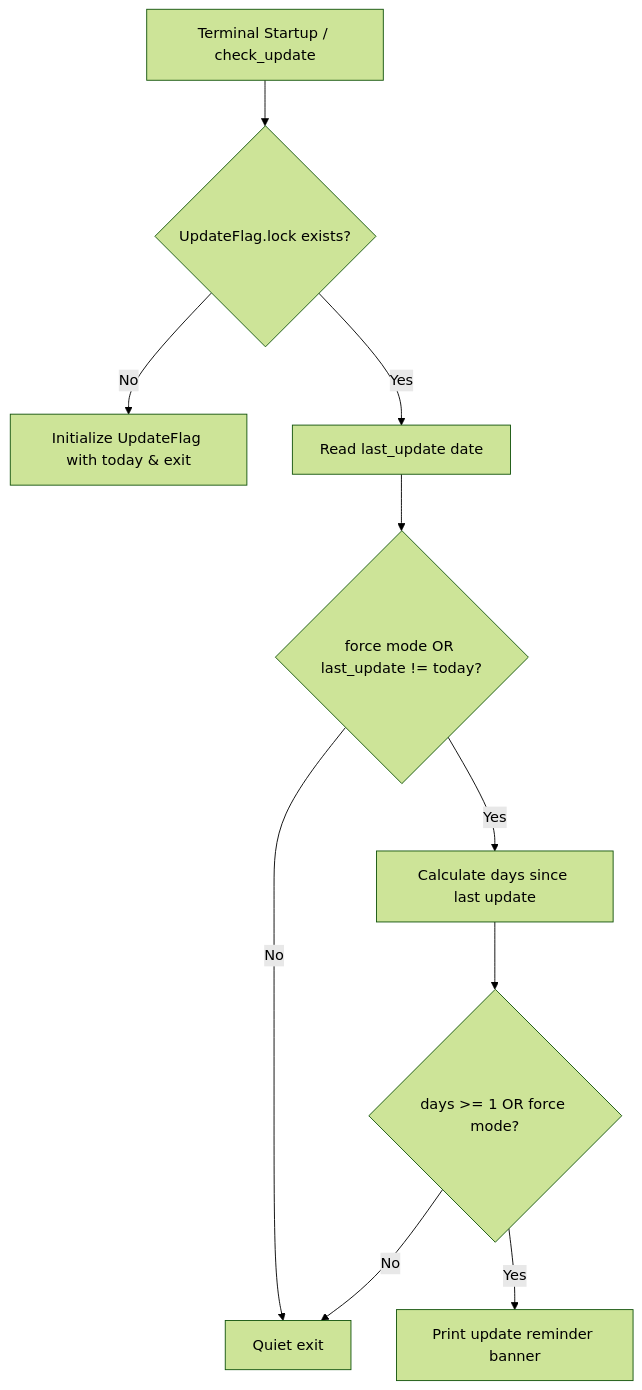
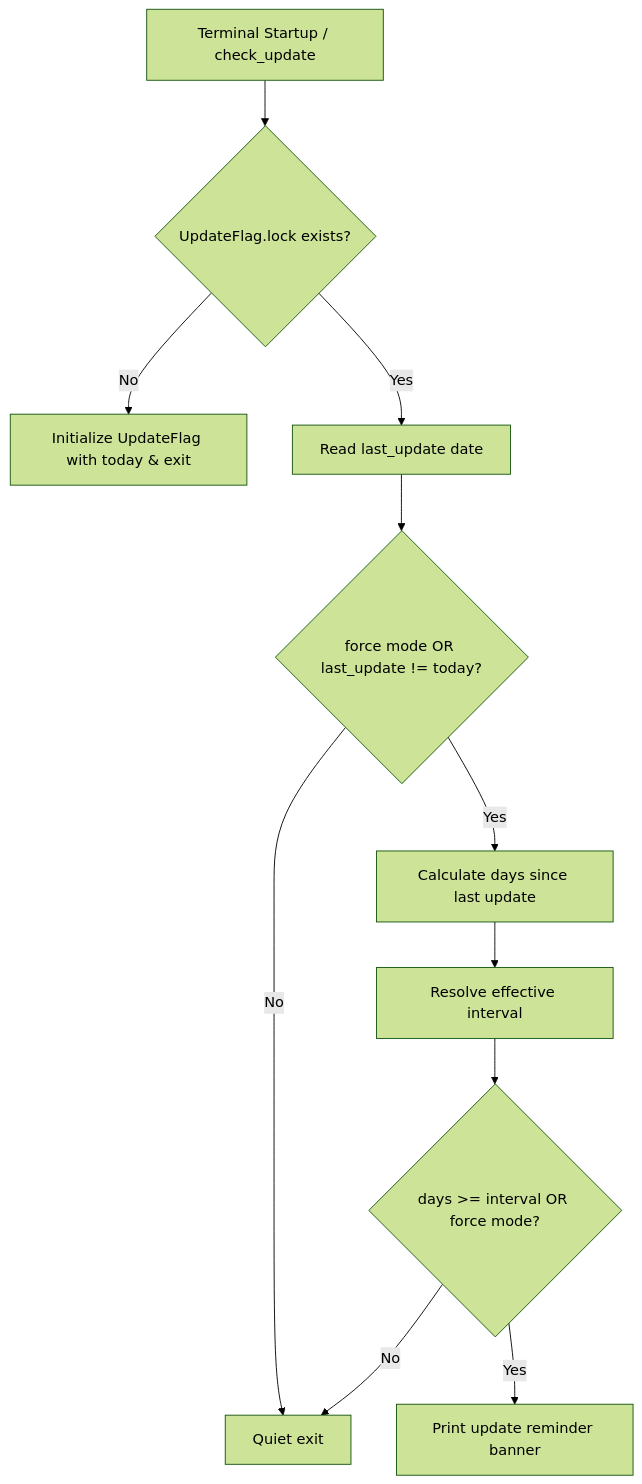
Before and after one commit to Royikiss/zfl: the diagram in docs/check_update.md, drawn with Mermaid (forest theme). The commit also changed other lines of this file and 5 other files, not shown here.

````diff
--- a/docs/check_update.md
+++ b/docs/check_update.md
@@ -55,12 +73,13 @@
 ```mermaid
 flowchart TD
     A[Terminal Startup / check_update] --> B{UpdateFlag.lock exists?}
     B -- No --> C[Initialize UpdateFlag with today & exit]
     B -- Yes --> D[Read last_update date]
     D --> E{force mode OR last_update != today?}
     E -- No --> F[Quiet exit]
     E -- Yes --> G[Calculate days since last update]
-    G --> H{days >= 1 OR force mode?}
-    H -- No --> F
-    H -- Yes --> I[Print update reminder banner]
+    G --> H[Resolve effective interval]
+    H --> I{days >= interval OR force mode?}
+    I -- No --> F
+    I -- Yes --> J[Print update reminder banner]
 ```
````
